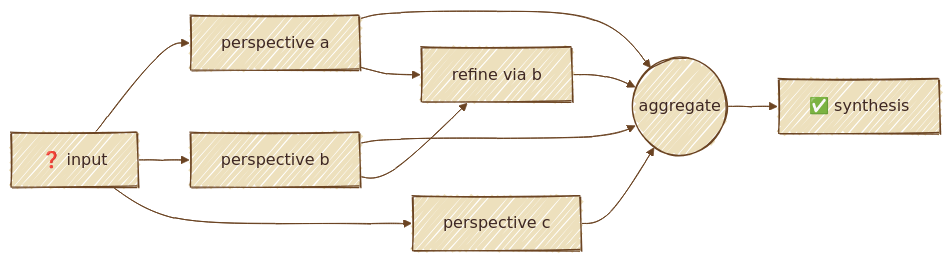
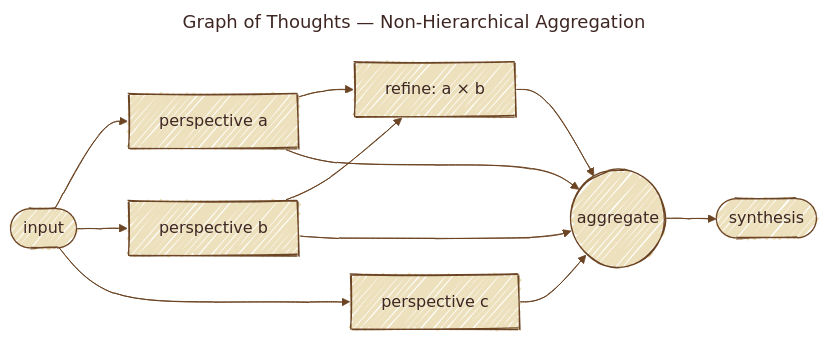
Before and after one commit to gtesei/agentic_design_patterns: diagram 14 of 29 in README.md, drawn with Mermaid. The commit also changed other lines of this file, not shown here.

Commit message:
docs(1_prompt_chain): add Mermaid diagram of the spec→JSON chain

````diff
--- a/README.md
+++ b/README.md
@@ -769,15 +869,14 @@
 ```mermaid
+---
+title: Graph of Thoughts — Non-Hierarchical Aggregation
+---
 %%{init: {'look':'handDrawn','theme':'base','themeVariables':{'background':'#f5ecd9','primaryColor':'#ede0bd','primaryBorderColor':'#6b4423','primaryTextColor':'#3e2723','lineColor':'#6b4423','secondaryColor':'#d4b483','tertiaryColor':'#c9a872','fontFamily':'Caveat, Patrick Hand, cursive'}}}%%
 flowchart LR
-    Q["❓ input"]
-    Q --> Pa[perspective a]
-    Q --> Pb[perspective b]
-    Q --> Pc[perspective c]
-    Pa --> Agg((aggregate))
-    Pb --> Agg
-    Pc --> Agg
-    Pa --> R[refine via b]
-    Pb --> R
-    R --> Agg
-    Agg --> S["✅ synthesis"]
+    Q([input])
+    S([synthesis])
+
+    Q --> Pa[perspective a] & Pb[perspective b] & Pc[perspective c]
+    Pa & Pb --> R[refine: a × b]
+    Pa & Pb & Pc & R --> Agg((aggregate))
+    Agg --> S
 ```
````
